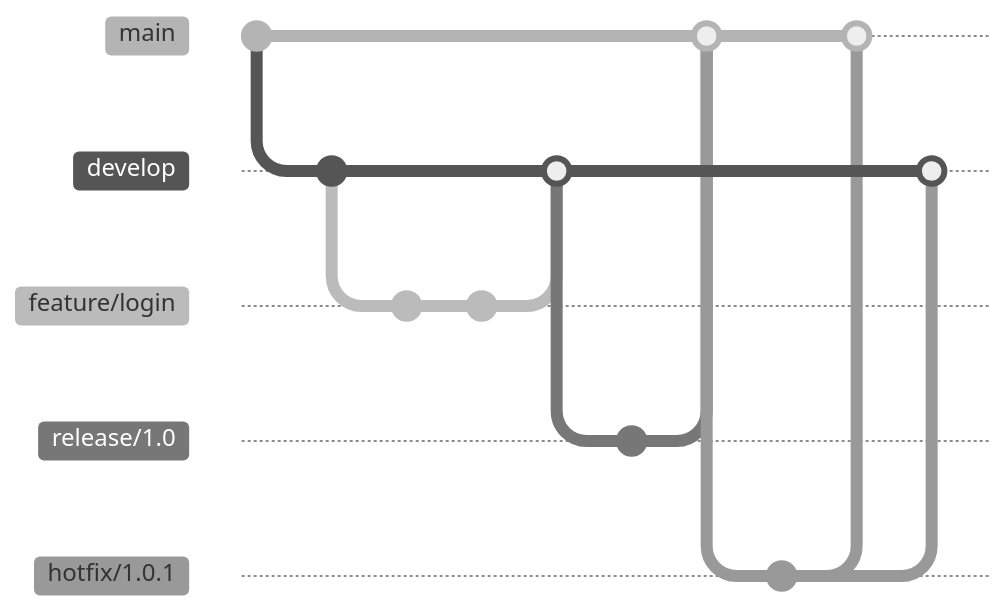
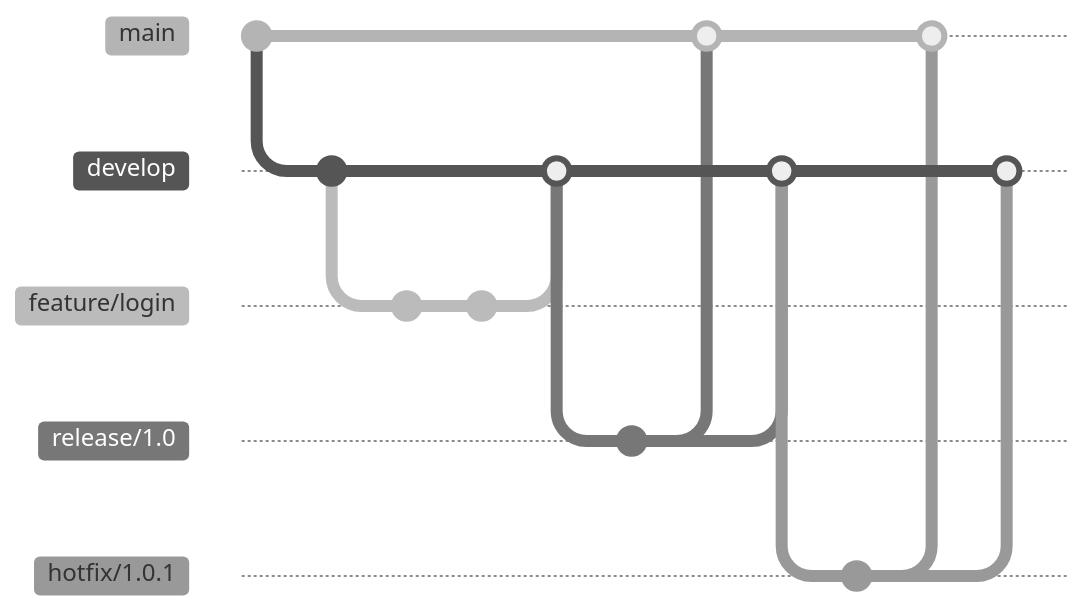
One commit to SubbuTechOps/GitFlow-Branching-Strategy changed the diagram in README.md. Above: the diagram before and after it, drawn with Mermaid (neutral theme). Commit ids are hidden.

````diff
--- a/README.md
+++ b/README.md
@@ -80,25 +80,27 @@
 ```mermaid
 gitGraph
     commit
     branch develop
     checkout develop
     commit
     branch feature/login
     checkout feature/login
     commit
     commit
     checkout develop
     merge feature/login
     branch release/1.0
     checkout release/1.0
     commit
     checkout main
     merge release/1.0
+    checkout develop
+    merge release/1.0
     branch hotfix/1.0.1
     checkout hotfix/1.0.1
     commit
     checkout main
     merge hotfix/1.0.1
     checkout develop
     merge hotfix/1.0.1
 ```
````
